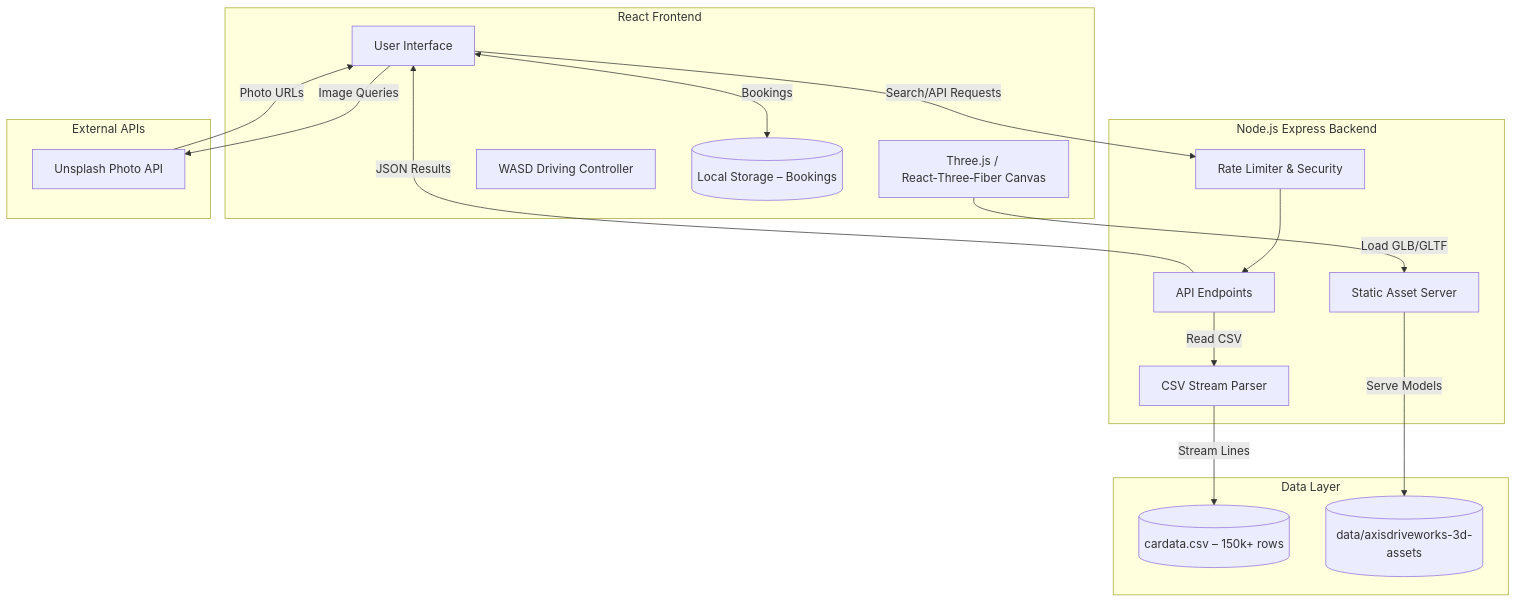
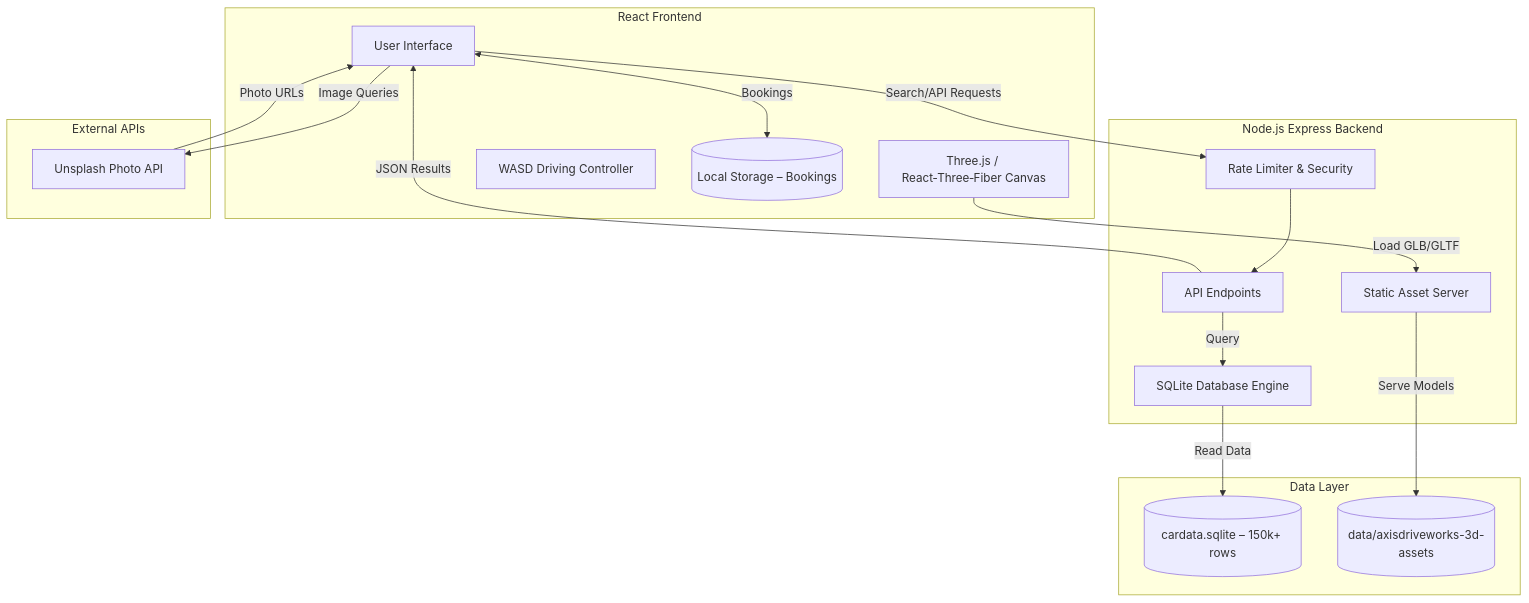
One commit to Adarsh-Saripaka/Axis-DriveWorks changed the first of 2 diagrams in README.md. Above: the diagram before and after it, drawn with Mermaid. The commit also changed other lines of this file and 1 other file, not shown here.

Commit message:
Optimize the 3D model loading with GLTF preloading Added useGLTF.preload on hover VehicleCards for instantaneous 3D viewer loading.

````diff
--- a/README.md
+++ b/README.md
@@ -27,32 +27,32 @@
 ```mermaid
 graph TD
     subgraph Client [React Frontend]
         UI[User Interface]
         GL[Three.js / React‑Three‑Fiber Canvas]
         Drive[WASD Driving Controller]
         Storage[(Local Storage – Bookings)]
     end
     subgraph Server [Node.js Express Backend]
         API[API Endpoints]
-        CSVReader[CSV Stream Parser]
+        SQLite[SQLite Database Engine]
         Assets[Static Asset Server]
         Limiter[Rate Limiter & Security]
     end
     subgraph Data [Data Layer]
-        CSV[(cardata.csv – 150k+ rows)]
+        DB[(cardata.sqlite – 150k+ rows)]
         Models3D[(data/axisdriveworks-3d-assets)]
     end
     subgraph External [External APIs]
         Unsplash[Unsplash Photo API]
     end
     UI <-->|Bookings| Storage
     UI -->|Search/API Requests| Limiter
     Limiter --> API
-    API -->|Read CSV| CSVReader
-    CSVReader -->|Stream Lines| CSV
+    API -->|Query| SQLite
+    SQLite -->|Read Data| DB
     API -->|JSON Results| UI
     GL -->|Load GLB/GLTF| Assets
     Assets -->|Serve Models| Models3D
     UI -->|Image Queries| Unsplash
     Unsplash -->|Photo URLs| UI
 ```
````
